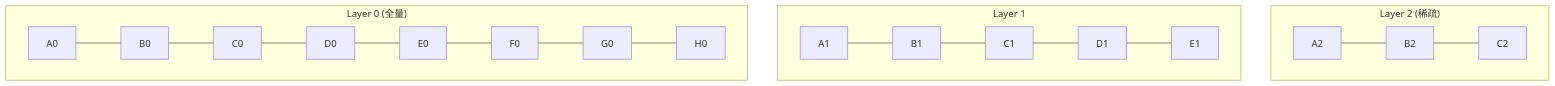
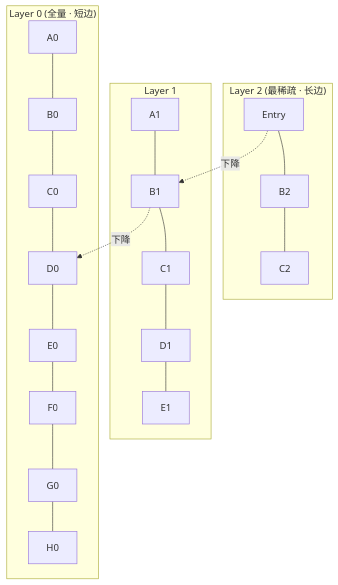
One commit to wangyong9999/lakehouse-wiki changed the diagram in docs/retrieval/hnsw.md. Above: the diagram before and after it, drawn with Mermaid. The commit also changed other lines of this file and 3 other files, not shown here.

````diff
--- a/docs/retrieval/hnsw.md
+++ b/docs/retrieval/hnsw.md
@@ -23,12 +57,15 @@
 ```mermaid
 flowchart TB
-  subgraph "Layer 2 (稀疏)"
-    A2 --- B2 --- C2
+  subgraph "Layer 2 (最稀疏 · 长边)"
+    A2[Entry] --- B2 --- C2
   end
   subgraph "Layer 1"
     A1 --- B1 --- C1 --- D1 --- E1
   end
-  subgraph "Layer 0 (全量)"
+  subgraph "Layer 0 (全量 · 短边)"
     A0 --- B0 --- C0 --- D0 --- E0 --- F0 --- G0 --- H0
   end
+
+  A2 -.下降.-> B1
+  B1 -.下降.-> D0
 ```
````
